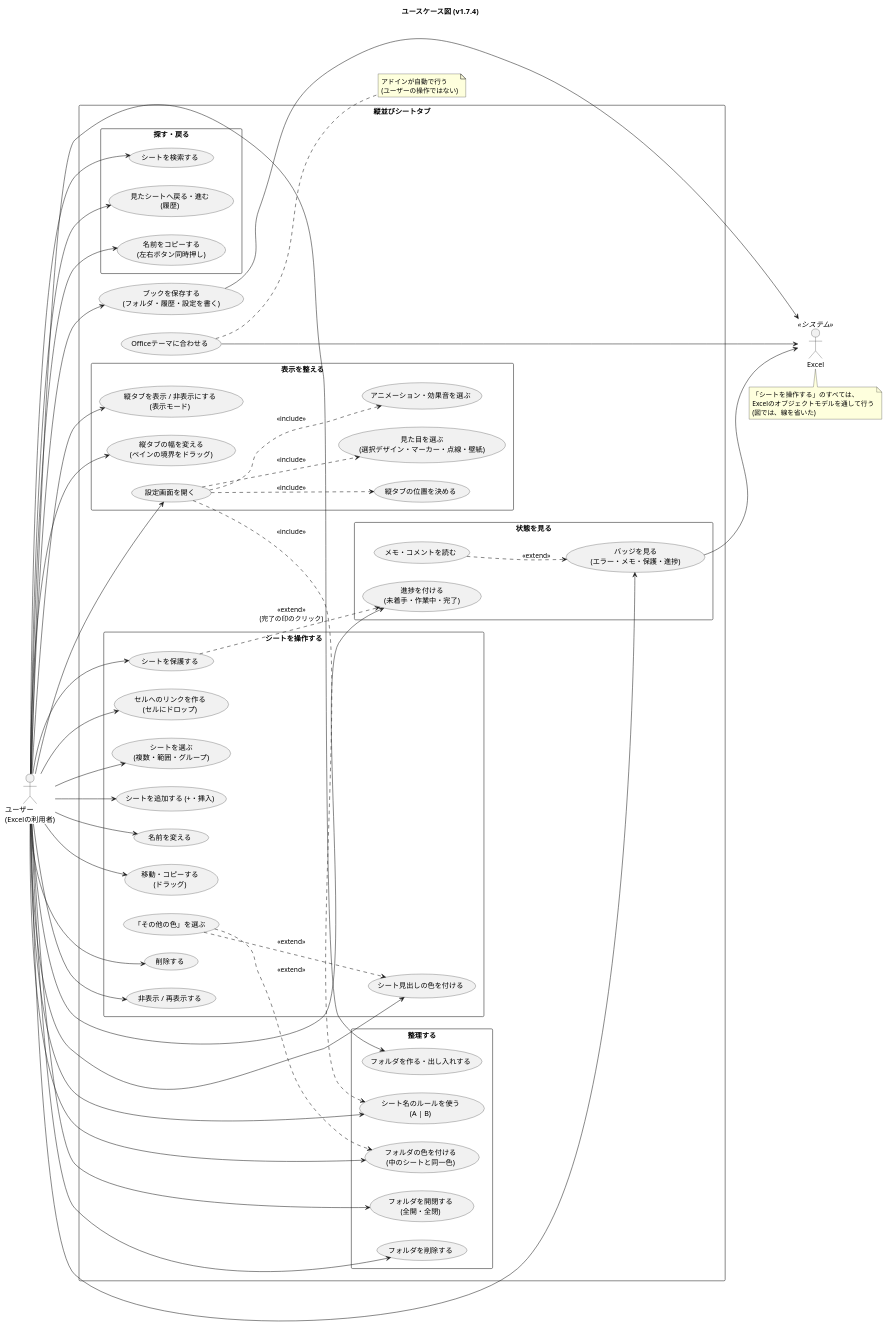
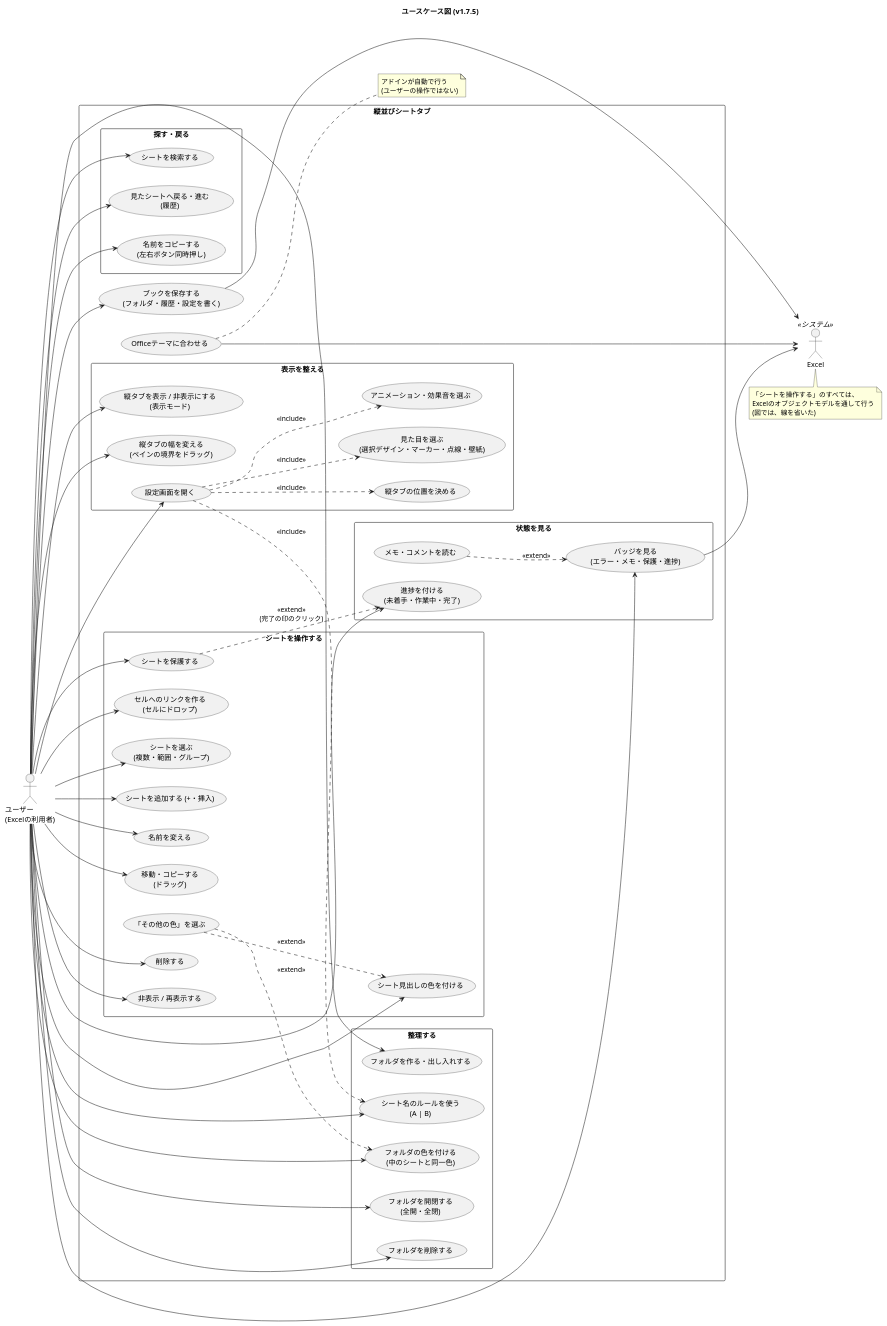
The diagram in docs/usecase.puml (nk-taka623/VerticalSheetTabs), drawn with PlantUML before and after one commit. The commit also changed 15 other files, not shown here.

Commit message:
v1.7.5: バージョンを上げる (README の変更点、設定画面の画像、図)

```diff
--- a/docs/usecase.puml
+++ b/docs/usecase.puml
@@ -1,105 +1,105 @@
 @startuml
-title ユースケース図 (v1.7.4)
+title ユースケース図 (v1.7.5)
 left to right direction
 skinparam shadowing false
 skinparam packageStyle rectangle
 
 actor "ユーザー\n(Excelの利用者)" as U
 actor "Excel" as XL <<システム>>
 
 rectangle "縦並びシートタブ" {
 
   package "シートを操作する" {
     usecase "シートを選ぶ\n(複数・範囲・グループ)" as UC_SEL
     usecase "シートを追加する (+・挿入)" as UC_ADD
     usecase "名前を変える" as UC_REN
     usecase "移動・コピーする\n(ドラッグ)" as UC_MOVE
     usecase "削除する" as UC_DEL
     usecase "非表示 / 再表示する" as UC_HIDE
     usecase "シート見出しの色を付ける" as UC_COLOR
     usecase "「その他の色」を選ぶ" as UC_MORE
     usecase "シートを保護する" as UC_PROT
     usecase "セルへのリンクを作る\n(セルにドロップ)" as UC_LINK
   }
 
   package "整理する" {
     usecase "フォルダを作る・出し入れする" as UC_FOLDER
     usecase "フォルダを開閉する\n(全開・全閉)" as UC_TOGGLE
     usecase "フォルダの色を付ける\n(中のシートと同一色)" as UC_FCOLOR
     usecase "フォルダを削除する" as UC_FDEL
     usecase "シート名のルールを使う\n(A | B)" as UC_RULE
   }
 
   package "探す・戻る" {
     usecase "シートを検索する" as UC_SEARCH
     usecase "見たシートへ戻る・進む\n(履歴)" as UC_HIST
     usecase "名前をコピーする\n(左右ボタン同時押し)" as UC_COPY
   }
 
   package "状態を見る" {
     usecase "バッジを見る\n(エラー・メモ・保護・進捗)" as UC_BADGE
     usecase "メモ・コメントを読む" as UC_MEMO
     usecase "進捗を付ける\n(未着手・作業中・完了)" as UC_PROG
   }
 
   package "表示を整える" {
     usecase "縦タブを表示 / 非表示にする\n(表示モード)" as UC_MODE
     usecase "縦タブの位置を決める" as UC_SIDE
     usecase "縦タブの幅を変える\n(ペインの境界をドラッグ)" as UC_WIDTH
     usecase "設定画面を開く" as UC_SET
     usecase "見た目を選ぶ\n(選択デザイン・マーカー・点線・壁紙)" as UC_LOOK
     usecase "アニメーション・効果音を選ぶ" as UC_ANIM
   }
 
   usecase "ブックを保存する\n(フォルダ・履歴・設定を書く)" as UC_SAVE
   usecase "Officeテーマに合わせる" as UC_THEME
 }
 
 U --> UC_SEL
 U --> UC_ADD
 U --> UC_REN
 U --> UC_MOVE
 U --> UC_DEL
 U --> UC_HIDE
 U --> UC_COLOR
 U --> UC_PROT
 U --> UC_LINK
 U --> UC_FOLDER
 U --> UC_TOGGLE
 U --> UC_FCOLOR
 U --> UC_FDEL
 U --> UC_RULE
 U --> UC_SEARCH
 U --> UC_HIST
 U --> UC_COPY
 U --> UC_BADGE
 U --> UC_PROG
 U --> UC_MODE
 U --> UC_WIDTH
 U --> UC_SET
 U --> UC_SAVE
 
 UC_MORE ..> UC_COLOR : <<extend>>
 UC_MORE ..> UC_FCOLOR : <<extend>>
 UC_MEMO ..> UC_BADGE : <<extend>>
 UC_PROT ..> UC_PROG : <<extend>>\n(完了の印のクリック)
 UC_SET ..> UC_SIDE : <<include>>
 UC_SET ..> UC_LOOK : <<include>>
 UC_SET ..> UC_ANIM : <<include>>
 UC_SET ..> UC_RULE : <<include>>
 
 UC_SAVE --> XL
 UC_THEME --> XL
 UC_BADGE --> XL
 
 note bottom of XL
   「シートを操作する」のすべては、
   Excelのオブジェクトモデルを通して行う
   (図では、線を省いた)
 end note
 
 note right of UC_THEME
   アドインが自動で行う
   (ユーザーの操作ではない)
 end note
 @enduml
```
